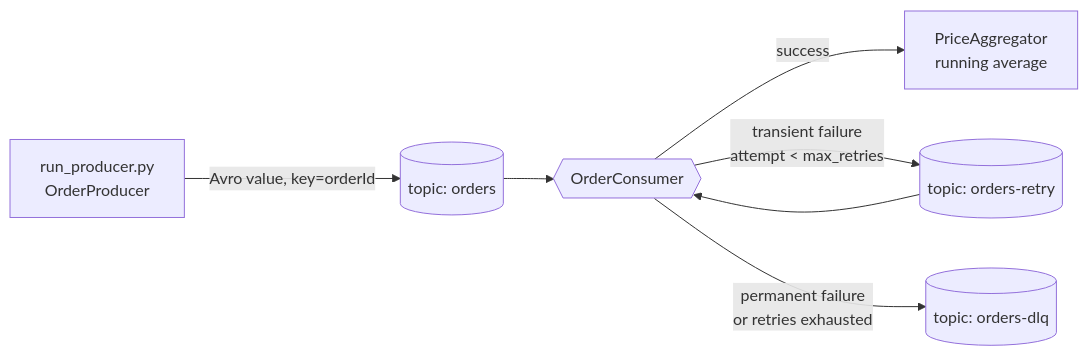
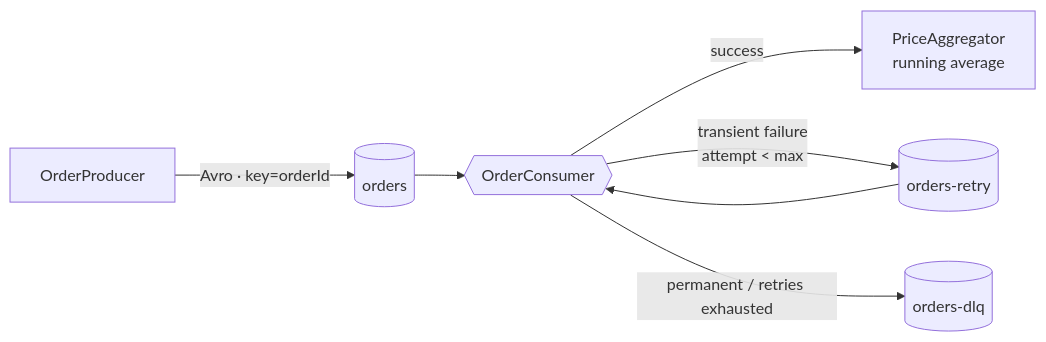
Before and after one commit to NirangaNiluminda/kafka-order-processing: the diagram in README.md, drawn with Mermaid. The commit also changed other lines of this file and 1 other file, not shown here.

````diff
--- a/README.md
+++ b/README.md
@@ -50,9 +22,9 @@
 ```mermaid
 flowchart LR
-    P[run_producer.py<br/>OrderProducer] -->|Avro value, key=orderId| ORD[(topic: orders)]
+    P[OrderProducer] -->|Avro · key=orderId| ORD[(orders)]
     ORD --> C{{OrderConsumer}}
-    RET[(topic: orders-retry)] --> C
+    RET[(orders-retry)] --> C
     C -->|success| AGG[PriceAggregator<br/>running average]
-    C -->|transient failure<br/>attempt &lt; max_retries| RET
-    C -->|permanent failure<br/>or retries exhausted| DLQ[(topic: orders-dlq)]
+    C -->|transient failure<br/>attempt &lt; max| RET
+    C -->|permanent / retries exhausted| DLQ[(orders-dlq)]
 ```
````
